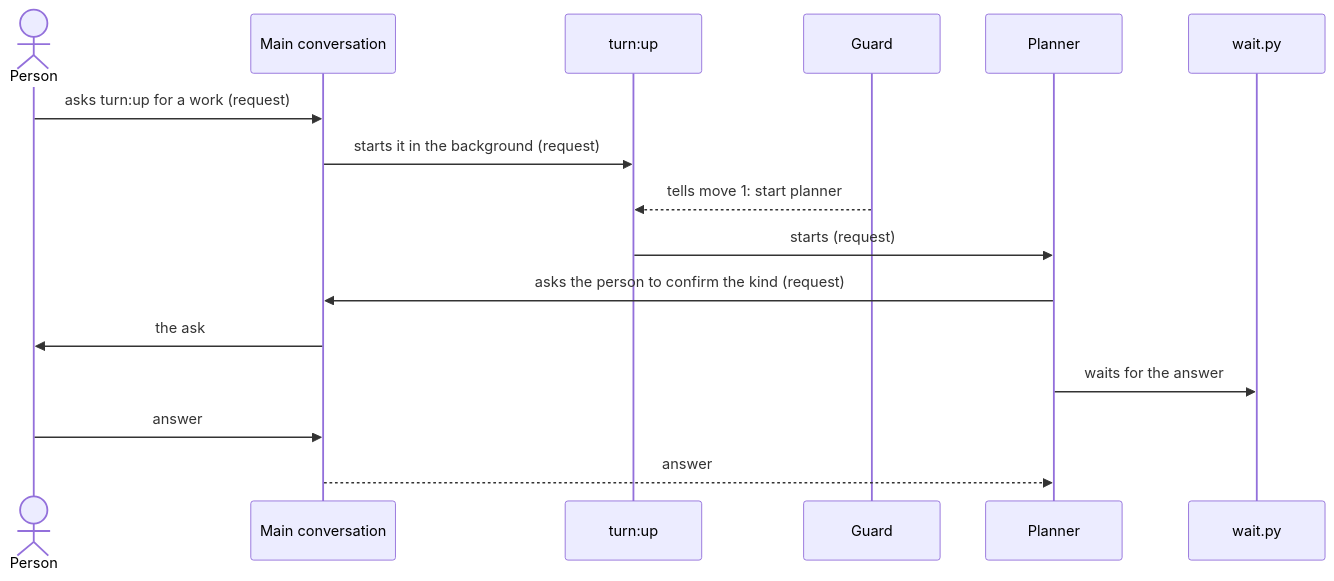
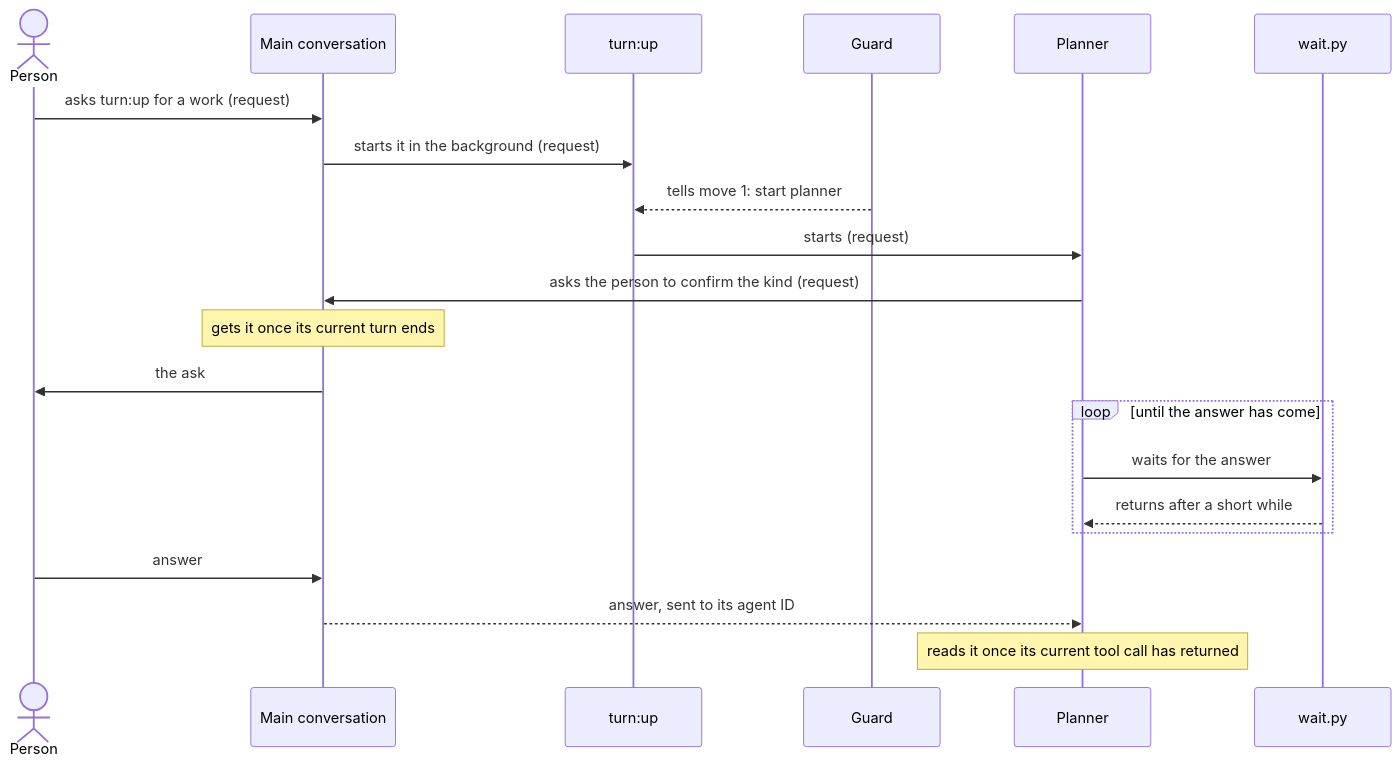
The first of 6 diagrams in dev/turn/architecture.md (lovaizu/ccpm), drawn with Mermaid before and after one commit. The commit also changed other lines of this file and 1 other file, not shown here.

````diff
--- a/dev/turn/architecture.md
+++ b/dev/turn/architecture.md
@@ -301,18 +309,23 @@
 ```mermaid
 sequenceDiagram
   actor P as Person
   participant M as Main conversation
   participant U as turn:up
   participant G as Guard
   participant PL as Planner
   participant WT as wait.py
   P->>M: asks turn:up for a work (request)
   M->>U: starts it in the background (request)
   G-->>U: tells move 1: start planner
   U->>PL: starts (request)
   PL->>M: asks the person to confirm the kind (request)
+  Note over M: gets it once its current turn ends
   M->>P: the ask
-  PL->>WT: waits for the answer
+  loop until the answer has come
+    PL->>WT: waits for the answer
+    WT-->>PL: returns after a short while
+  end
   P->>M: answer
-  M-->>PL: answer
+  M-->>PL: answer, sent to its agent ID
+  Note over PL: reads it once its current tool call has returned
 ```
````
